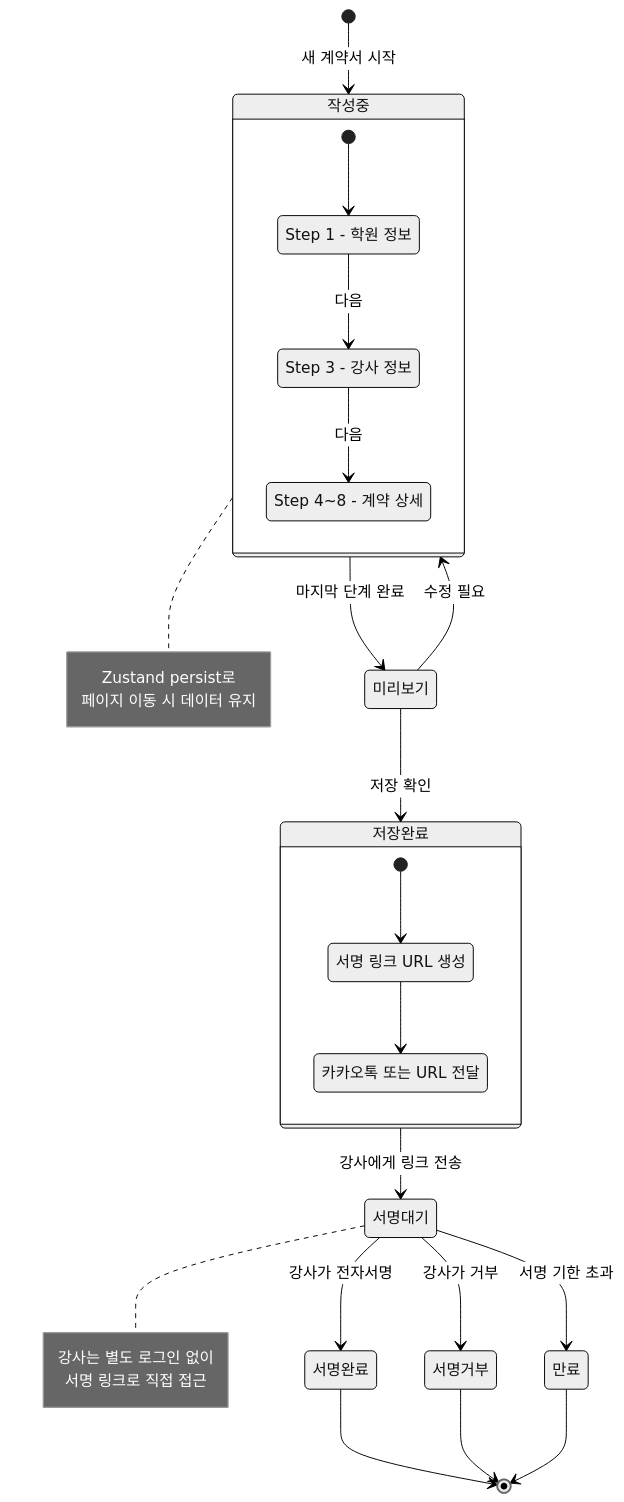
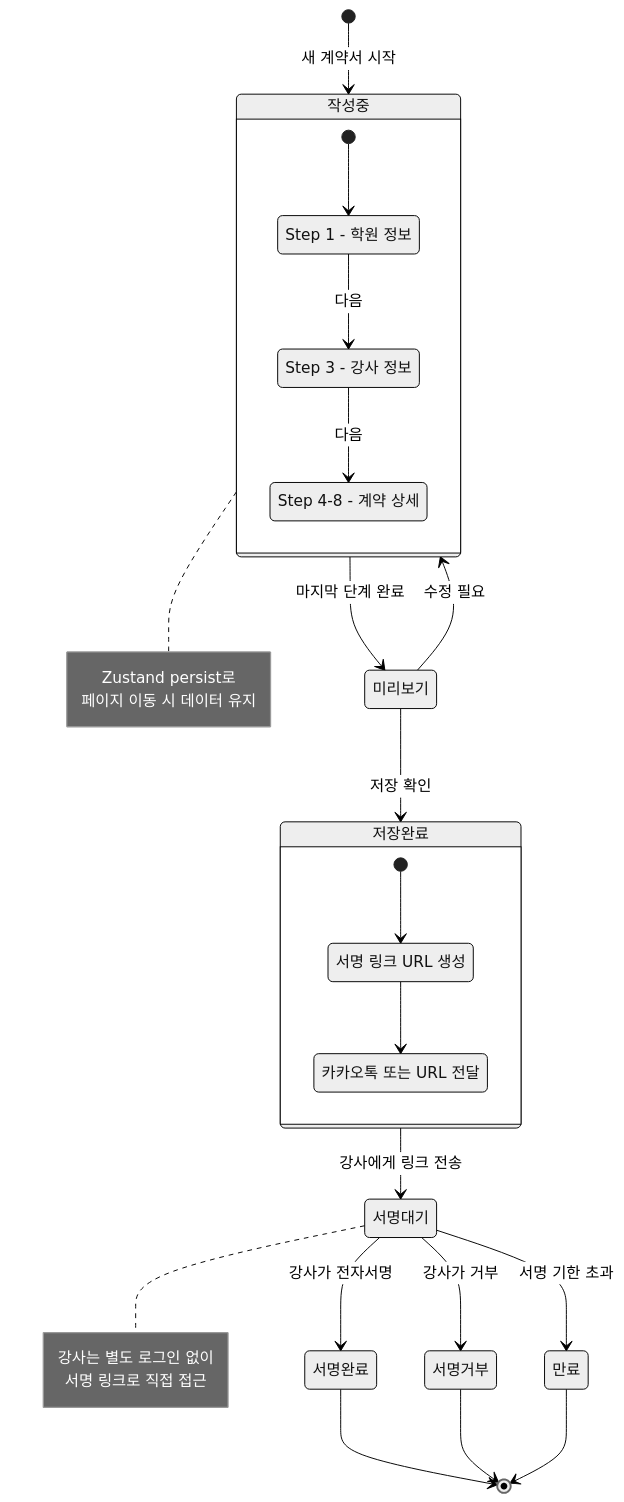
One commit to jadegirl/hagon26 changed the seventh of 7 diagrams in docs/06_플로우차트.md. Above: the diagram before and after it, drawn with Mermaid (neutral theme). The commit also changed other lines of this file, not shown here.

First line of the commit message:
fix: Mermaid 노드 라벨 내 [id] 괄호 충돌 수정

````diff
--- a/docs/06_플로우차트.md
+++ b/docs/06_플로우차트.md
@@ -304,50 +304,50 @@
 ```mermaid
 stateDiagram-v2
     [*] --> WRITING: 새 계약서 시작
 
     state "작성중" as WRITING {
         [*] --> S1
         S1: Step 1 - 학원 정보
         S1 --> S3: 다음
         S3: Step 3 - 강사 정보
         S3 --> S4_8: 다음
-        S4_8: Step 4~8 - 계약 상세
+        S4_8: Step 4-8 - 계약 상세
     }
 
     WRITING --> PREVIEW: 마지막 단계 완료
     state "미리보기" as PREVIEW
     PREVIEW --> WRITING: 수정 필요
 
     PREVIEW --> SAVED: 저장 확인
 
     state "저장완료" as SAVED {
         [*] --> LINK_GEN
         LINK_GEN: 서명 링크 URL 생성
         LINK_GEN --> LINK_SEND
         LINK_SEND: 카카오톡 또는 URL 전달
     }
 
     SAVED --> PENDING: 강사에게 링크 전송
     state "서명대기" as PENDING
 
     PENDING --> SIGNED: 강사가 전자서명
     state "서명완료" as SIGNED
     PENDING --> REJECTED: 강사가 거부
     state "서명거부" as REJECTED
     PENDING --> EXPIRED: 서명 기한 초과
     state "만료" as EXPIRED
 
     SIGNED --> [*]
     REJECTED --> [*]
     EXPIRED --> [*]
 
     note right of WRITING
         Zustand persist로
         페이지 이동 시 데이터 유지
     end note
 
     note right of PENDING
         강사는 별도 로그인 없이
         서명 링크로 직접 접근
     end note
 ```
````
